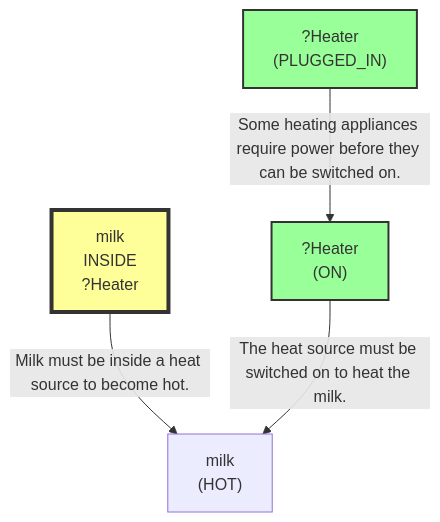
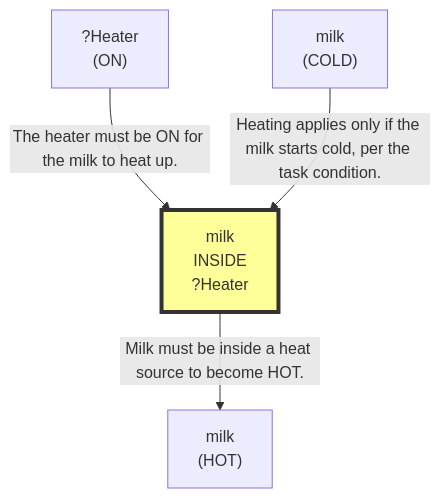
One commit to scuama/virtualhome changed the ninth of 12 diagrams in evaluation/results/table3/robostate/runs/without_memory/M3_15/run_T3_without_memory_M3_15.md. Above: the diagram before and after it, drawn with Mermaid. The commit also changed other lines of this file and 507 other files, not shown here.

````diff
--- a/evaluation/results/table3/robostate/runs/without_memory/M3_15/run_T3_without_memory_M3_15.md
+++ b/evaluation/results/table3/robostate/runs/without_memory/M3_15/run_T3_without_memory_M3_15.md
@@ -671,13 +641,11 @@
 ```mermaid
 graph TD
     N1["milk<br>(HOT)"]
-    N2["?Heater<br>(ON)"]
-    style N2 fill:#9f9,stroke:#333,stroke-width:2px
-    N3["?Heater<br>(PLUGGED_IN)"]
-    style N3 fill:#9f9,stroke:#333,stroke-width:2px
-    N4["milk<br>INSIDE<br>?Heater"]
-    style N4 fill:#ff9,stroke:#333,stroke-width:4px
-    N4 -->|"Milk must be inside a heat source to become hot."| N1
-    N2 -->|"The heat source must be switched on to heat the milk."| N1
-    N3 -->|"Some heating appliances require power before they can be switched on."| N2
+    N2["milk<br>INSIDE<br>?Heater"]
+    style N2 fill:#ff9,stroke:#333,stroke-width:4px
+    N3["?Heater<br>(ON)"]
+    N4["milk<br>(COLD)"]
+    N2 -->|"Milk must be inside a heat source to become HOT."| N1
+    N3 -->|"The heater must be ON for the milk to heat up."| N2
+    N4 -->|"Heating applies only if the milk starts cold, per the task condition."| N2
 ```
````
